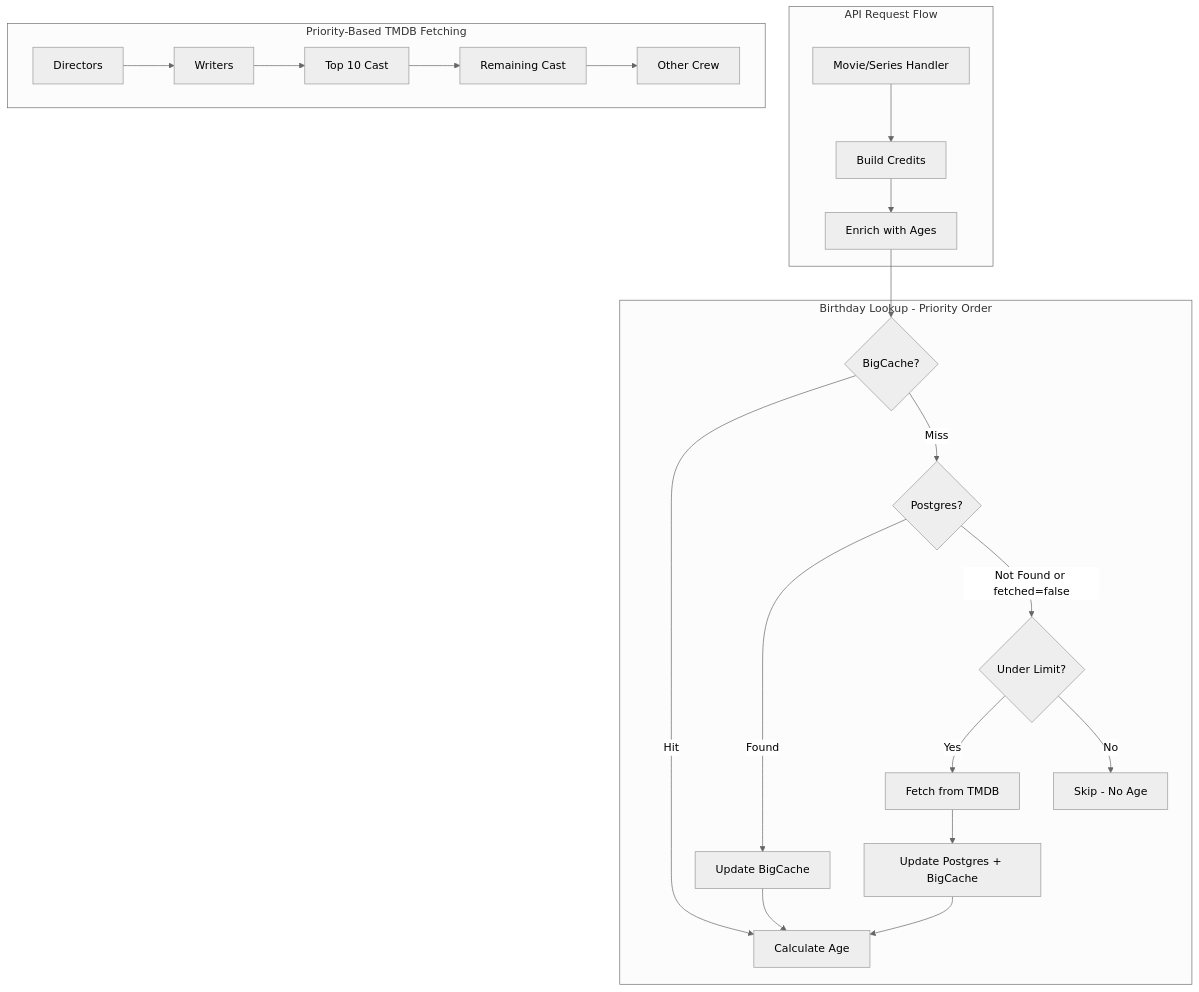
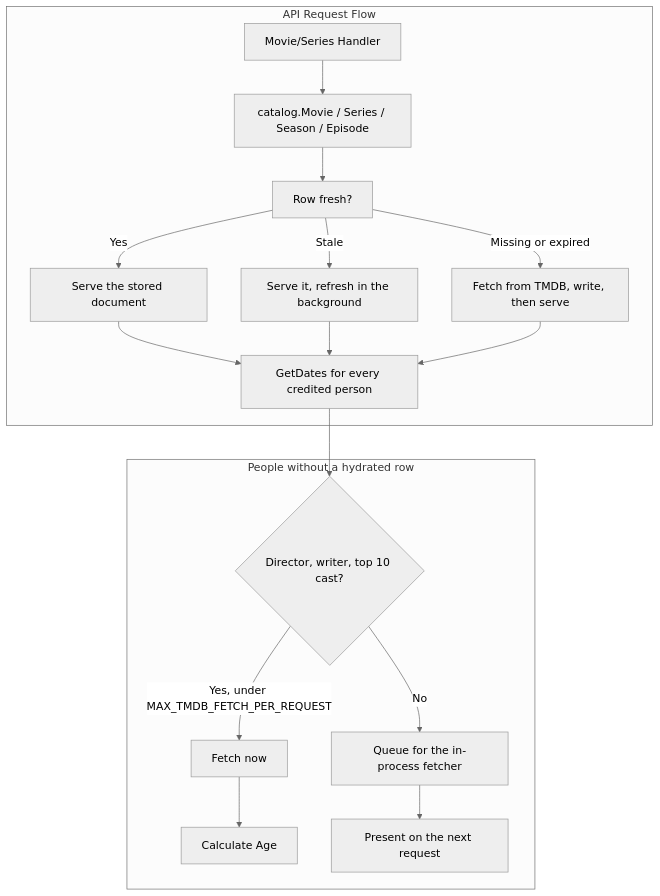
The first of 2 diagrams in README.md (rossbrandon/minimovie-api), drawn with Mermaid (neutral theme) before and after one commit. The commit also changed other lines of this file and 3 other files, not shown here.

````diff
--- a/README.md
+++ b/README.md
@@ -236,27 +233,21 @@
 ```mermaid
 flowchart TD
     subgraph request [API Request Flow]
-        A[Movie/Series Handler] --> B[Build Credits]
-        B --> C[Enrich with Ages]
+        A[Movie/Series Handler] --> B[catalog.Movie / Series / Season / Episode]
+        B --> C[Row fresh?]
+        C -->|Yes| D[Serve the stored document]
+        C -->|Stale| E[Serve it, refresh in the background]
+        C -->|Missing or expired| F[Fetch from TMDB, write, then serve]
+        D --> G[GetDates for every credited person]
+        E --> G
+        F --> G
     end
 
-    subgraph lookup [Birthday Lookup - Priority Order]
-        C --> D{BigCache?}
-        D -->|Hit| H[Calculate Age]
-        D -->|Miss| E{Postgres?}
-        E -->|Found| F[Update BigCache]
-        F --> H
-        E -->|Not Found or fetched=false| G{Under Limit?}
-        G -->|Yes| I[Fetch from TMDB]
-        G -->|No| J[Skip - No Age]
-        I --> K[Update Postgres + BigCache]
-        K --> H
-    end
-
-    subgraph priority [Priority-Based TMDB Fetching]
-        L[Directors] --> M[Writers]
-        M --> N[Top 10 Cast]
-        N --> O[Remaining Cast]
-        O --> P[Other Crew]
+    subgraph people [People without a hydrated row]
+        G --> H{Director, writer, top 10 cast?}
+        H -->|Yes, under MAX_TMDB_FETCH_PER_REQUEST| I[Fetch now]
+        H -->|No| J[Queue for the in-process fetcher]
+        I --> K[Calculate Age]
+        J --> L[Present on the next request]
     end
 ```
````
